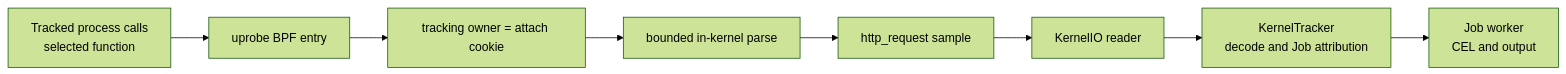
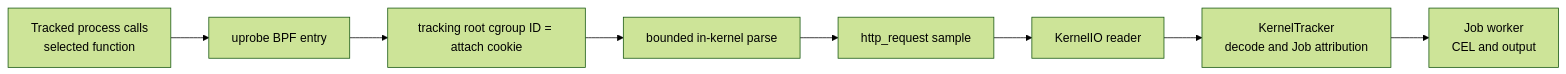
One commit to cicd-sensor/cicd-sensor changed the fourth of 5 diagrams in docs/developer-guide/ebpf/http-uprobes.md. Above: the diagram before and after it, drawn with Mermaid (forest theme). The commit also changed other lines of this file and 63 other files, not shown here.

````diff
--- a/docs/developer-guide/ebpf/http-uprobes.md
+++ b/docs/developer-guide/ebpf/http-uprobes.md
@@ -416,13 +460,13 @@
 ```mermaid
 flowchart LR
     CALL["Tracked process calls<br/>selected function"]
     UPROBE["uprobe BPF entry"]
-    GATE["tracking owner = attach cookie"]
+    GATE["tracking root cgroup ID = attach cookie"]
     PARSE["bounded in-kernel parse"]
     SAMPLE["http_request sample"]
     READER["KernelIO reader"]
     TRACKER["KernelTracker<br/>decode and Job attribution"]
     JOB["Job worker<br/>CEL and output"]
 
     CALL --> UPROBE --> GATE --> PARSE --> SAMPLE --> READER --> TRACKER --> JOB
 ```
````
